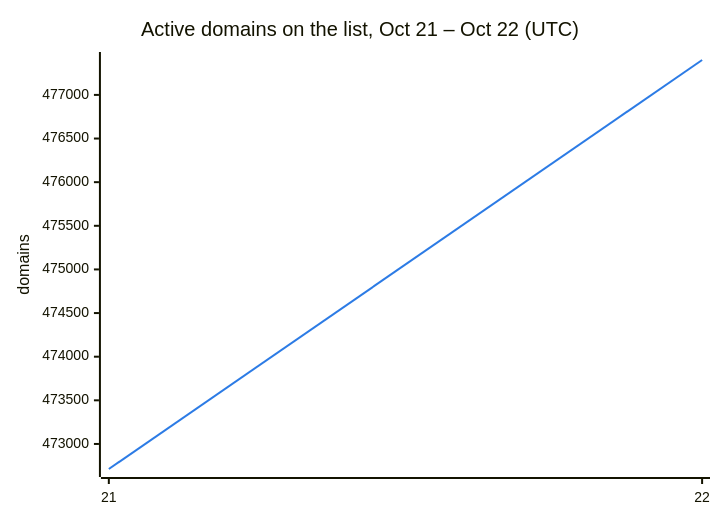
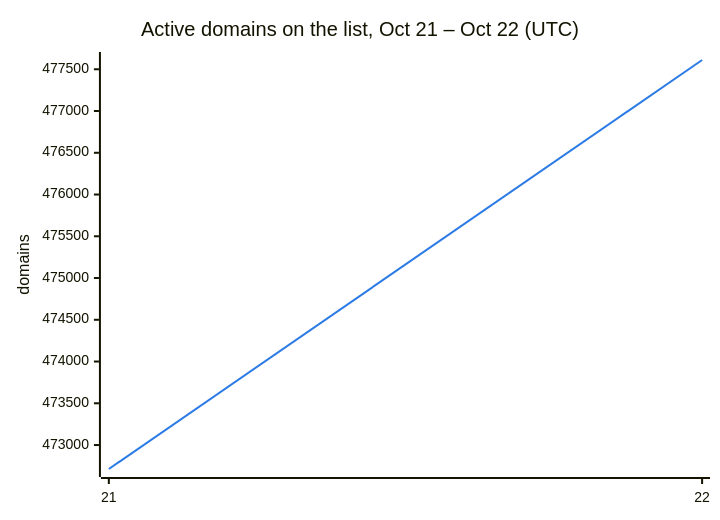
Before and after one commit to DNSBunker/CTI: the second of 3 diagrams in README.md, drawn with Mermaid. The commit also changed other lines of this file and 3 other files, not shown here.

````diff
--- a/README.md
+++ b/README.md
@@ -38,8 +38,8 @@
 ```mermaid
 %%{init: {"themeVariables": {"xyChart": {"plotColorPalette": "#2c7be5"}}}}%%
 xychart-beta
     title "Active domains on the list, Oct 21 – Oct 22 (UTC)"
     x-axis ["21", "22"]
     y-axis "domains"
-    line [472713, 477400]
+    line [472713, 477611]
 ```
````
